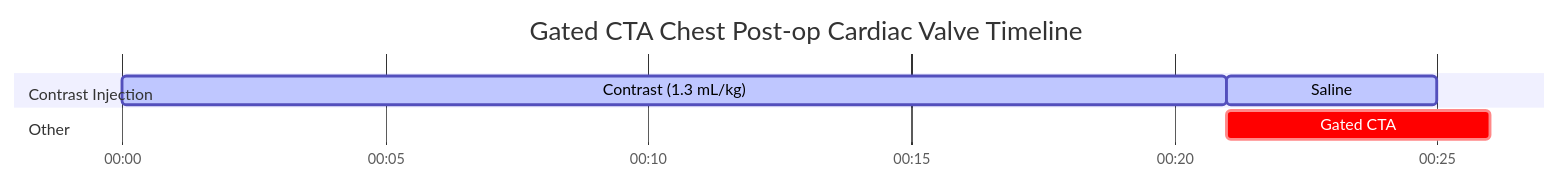
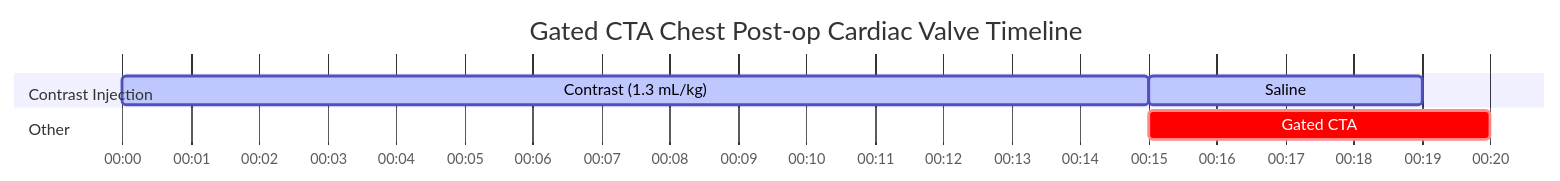
Before and after one commit to dfergs93/radiology-protocols: the diagram in docs/ct/cardiac/gated-cta-chest-post-op-cardiac-valve.md, drawn with Mermaid. The commit also changed other lines of this file and 26 other files, not shown here.

````diff
--- a/docs/ct/cardiac/gated-cta-chest-post-op-cardiac-valve.md
+++ b/docs/ct/cardiac/gated-cta-chest-post-op-cardiac-valve.md
@@ -85,18 +88,18 @@
   ```mermaid
   ---
   displayMode: compact
   config:
     theme: default
     themeCSS: " #Saline{ fill: #4ed5ff; stroke: #2094f3; } "
   ---
     gantt
       title Gated CTA Chest Post-op Cardiac Valve Timeline
       dateFormat mm:ss
       axisFormat %M:%S 
       
       section Contrast Injection
-      Contrast (1.3 mL/kg)    :active, contrast, 00:00, 21s
+      Contrast (1.3 mL/kg)    :active, contrast, 00:00, 15s
       Saline          :active, saline, after contrast, 4s
       section Other
       Gated CTA    :crit, scan1, after contrast, 5s
   ```
````
